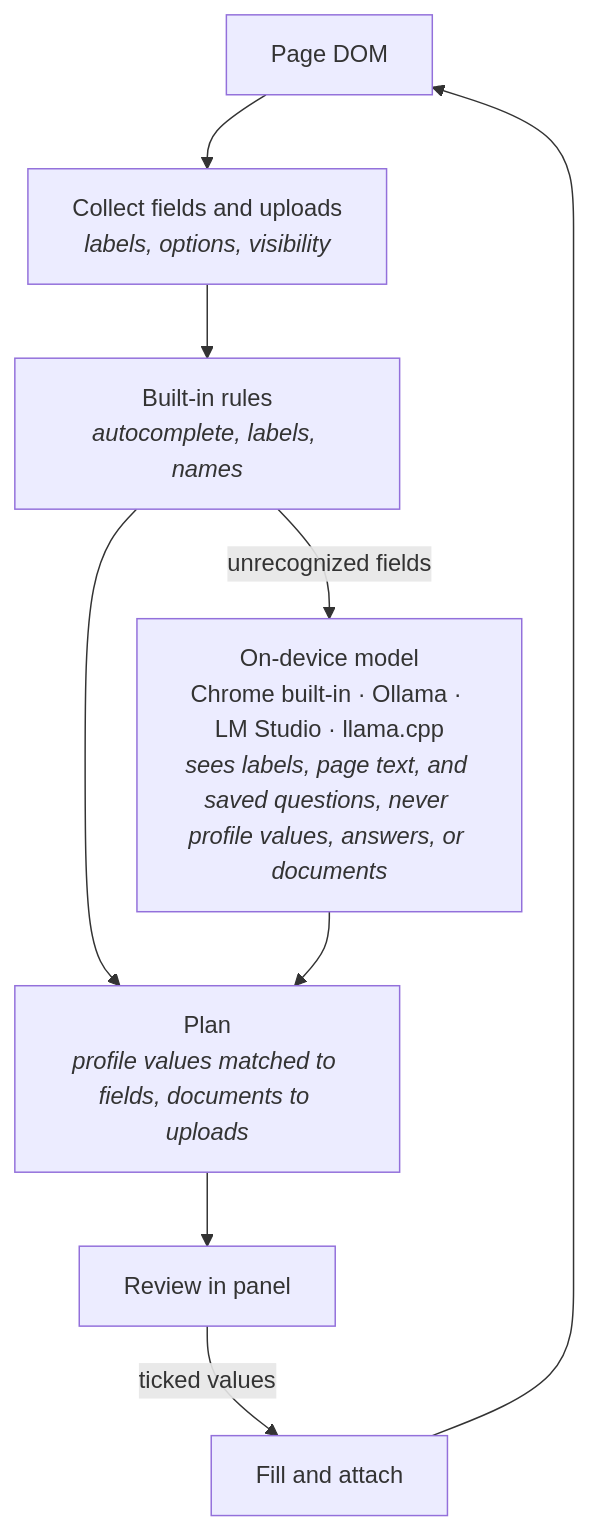
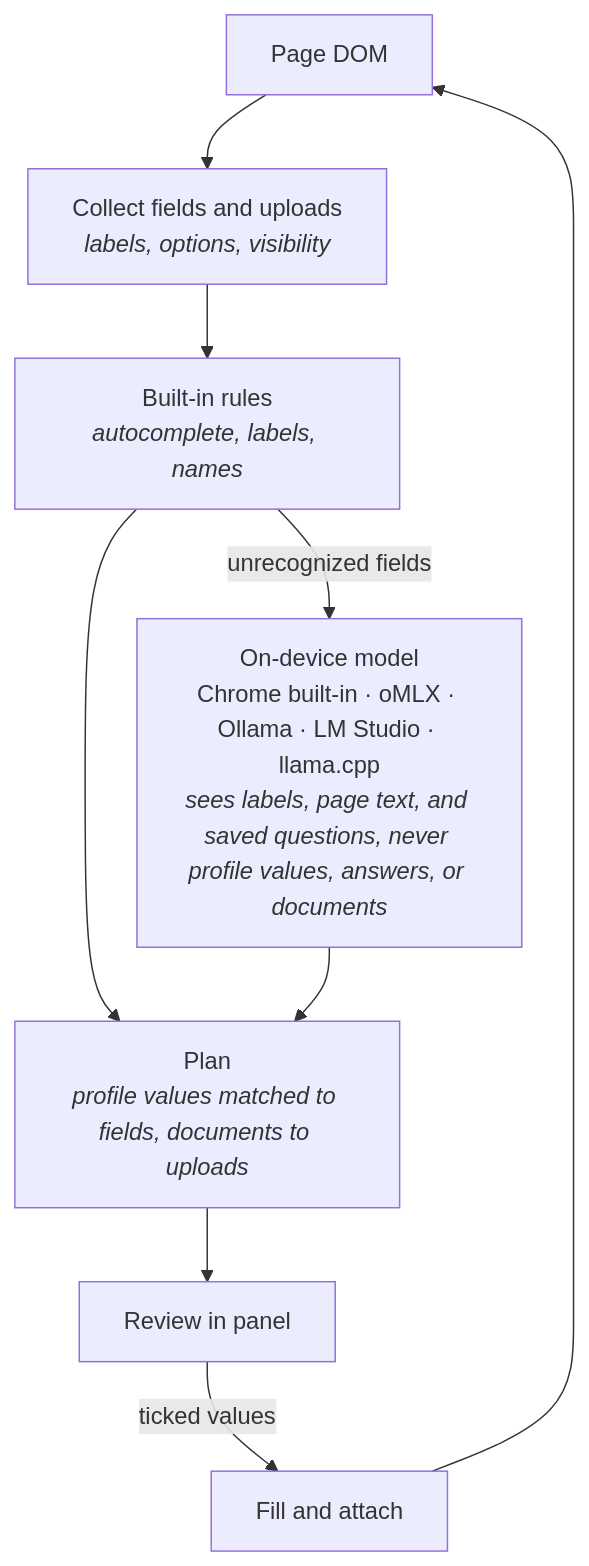
The diagram in README.md (dkobia/offline-autofill), drawn with Mermaid before and after one commit. The commit also changed other lines of this file and 23 other files, not shown here.

````diff
--- a/README.md
+++ b/README.md
@@ -45,15 +45,15 @@
 ```mermaid
 flowchart TD
     page[Page DOM]
     collect["Collect fields and uploads<br/><i>labels, options, visibility</i>"]
     rules["Built-in rules<br/><i>autocomplete, labels, names</i>"]
-    model["On-device model<br/>Chrome built-in · Ollama · LM Studio · llama.cpp<br/><i>sees labels, page text, and saved questions, never profile values, answers, or documents</i>"]
+    model["On-device model<br/>Chrome built-in · oMLX · Ollama · LM Studio · llama.cpp<br/><i>sees labels, page text, and saved questions, never profile values, answers, or documents</i>"]
     plan["Plan<br/><i>profile values matched to fields, documents to uploads</i>"]
     review[Review in panel]
     fill[Fill and attach]
     page --> collect --> rules
     rules -->|unrecognized fields| model
     rules --> plan
     model --> plan
     plan --> review -->|ticked values| fill --> page
 ```
````
